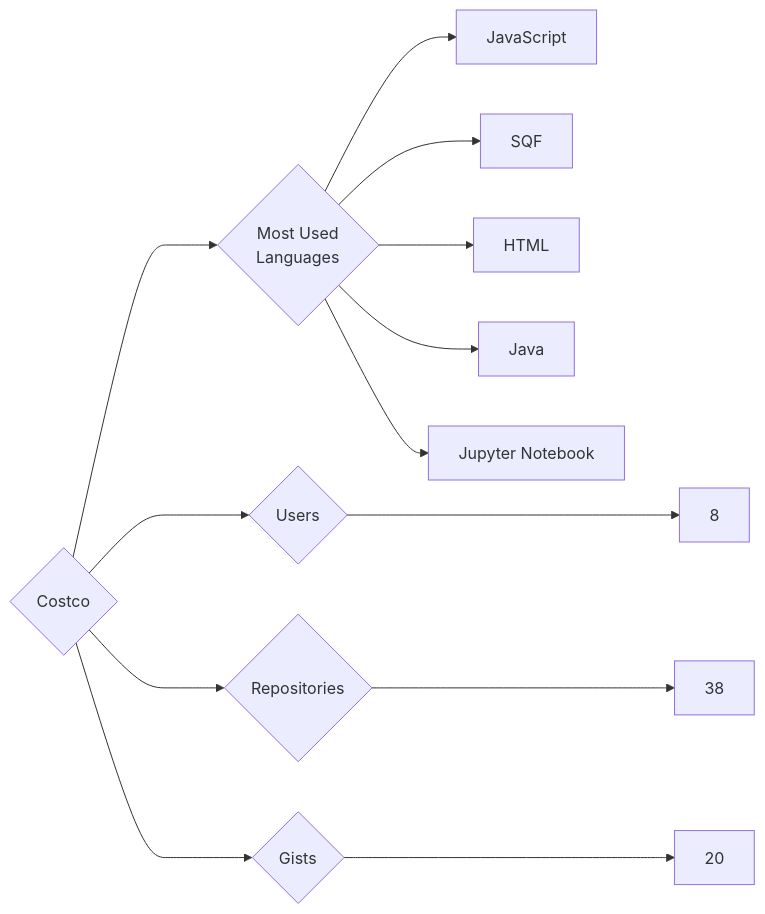
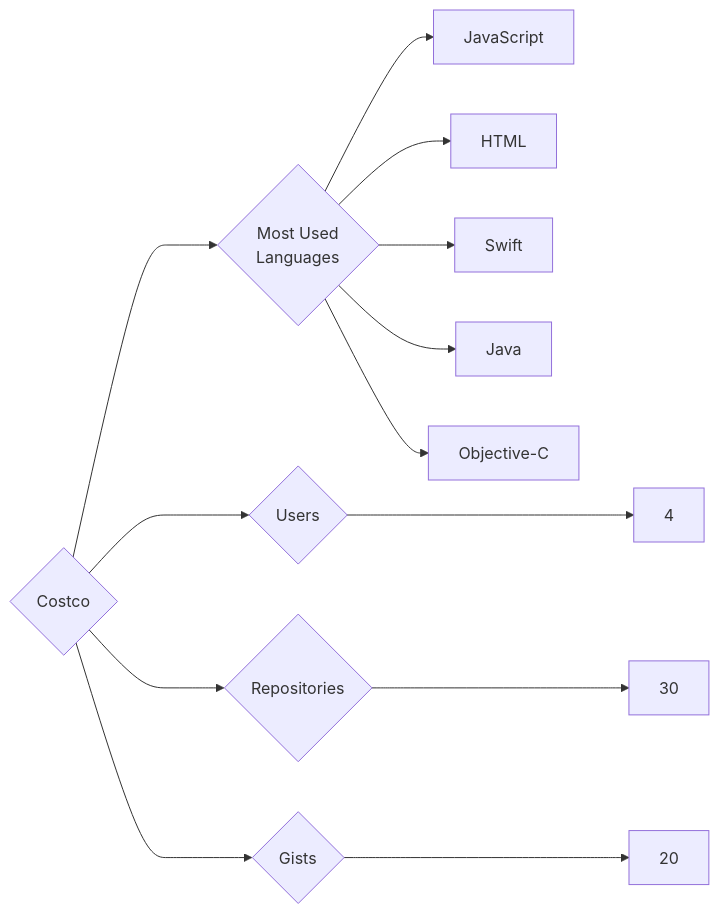
One commit to trickest/insiders changed the diagram in targets/Costco/README.md. Above: the diagram before and after it, drawn with Mermaid. The commit also changed 776 other files, not shown here.

````diff
--- a/targets/Costco/README.md
+++ b/targets/Costco/README.md
@@ -3,13 +3,13 @@
 ```mermaid
 graph LR
 COMPANY_NAME{Costco}
-COMPANY_NAME ---> U{Users} ---> UN[8]
-COMPANY_NAME ---> R{Repositories} ---> RN[38]
+COMPANY_NAME ---> U{Users} ---> UN[4]
+COMPANY_NAME ---> R{Repositories} ---> RN[30]
 COMPANY_NAME ---> G{Gists} ---> GN[20]
 COMPANY_NAME ---> ML{Most Used<br>Languages}
 ML --> JavaScript[JavaScript]
-ML --> SQF[SQF]
 ML --> HTML[HTML]
+ML --> Swift[Swift]
 ML --> Java[Java]
-ML --> Jupyter_Notebook[Jupyter Notebook]
+ML --> Objective-C[Objective-C]
 ```
````
